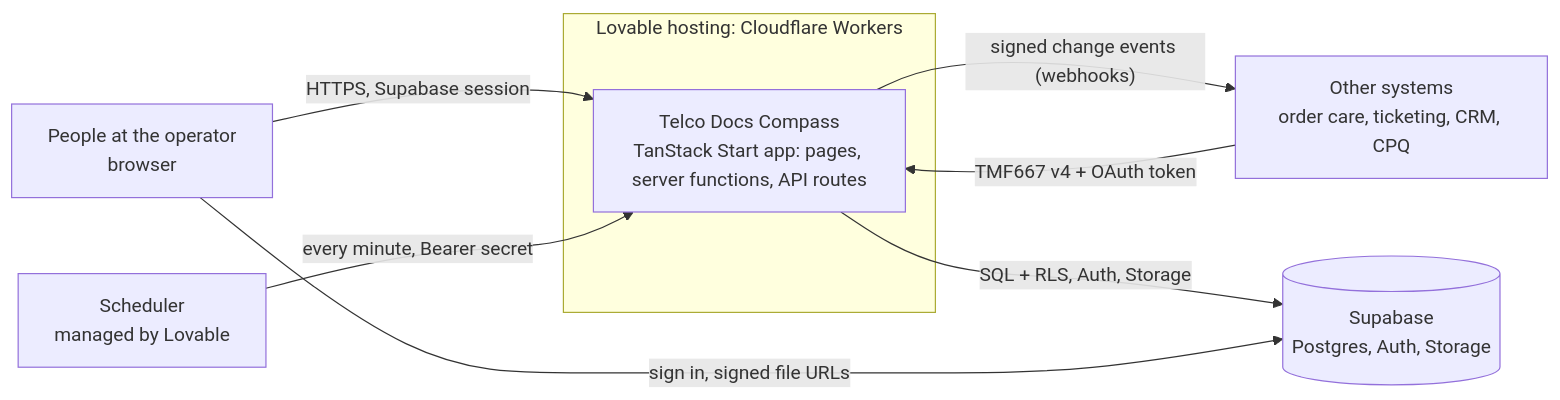
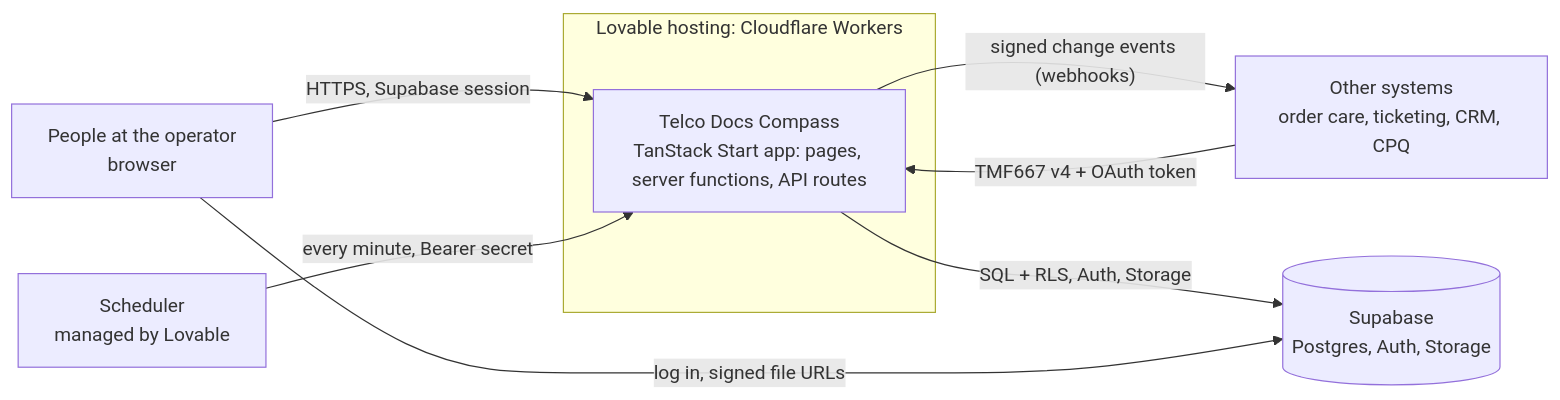
One commit to tatianafagundes/telco-docs-compass changed the first of 7 diagrams in docs/architecture/ARCHITECTURE.md. Above: the diagram before and after it, drawn with Mermaid. The commit also changed other lines of this file and 11 other files, not shown here.

Commit message:
fix: the log in page follows the EDS sign in pattern (Log in and Log out, always dark, legal warning, a confirmation after logging out)

````diff
--- a/docs/architecture/ARCHITECTURE.md
+++ b/docs/architecture/ARCHITECTURE.md
@@ -7,12 +7,12 @@
 ```mermaid
 flowchart LR
   U[People at the operator<br/>browser] -- "HTTPS, Supabase session" --> APP
   X[Other systems<br/>order care, ticketing, CRM, CPQ] -- "TMF667 v4 + OAuth token" --> APP
   APP -- "signed change events (webhooks)" --> X
   SCH[Scheduler<br/>managed by Lovable] -- "every minute, Bearer secret" --> APP
   subgraph Hosting[Lovable hosting: Cloudflare Workers]
     APP[Telco Docs Compass<br/>TanStack Start app: pages, server functions, API routes]
   end
   APP -- "SQL + RLS, Auth, Storage" --> SB[(Supabase<br/>Postgres, Auth, Storage)]
-  U -- "sign in, signed file URLs" --> SB
+  U -- "log in, signed file URLs" --> SB
 ```
````
